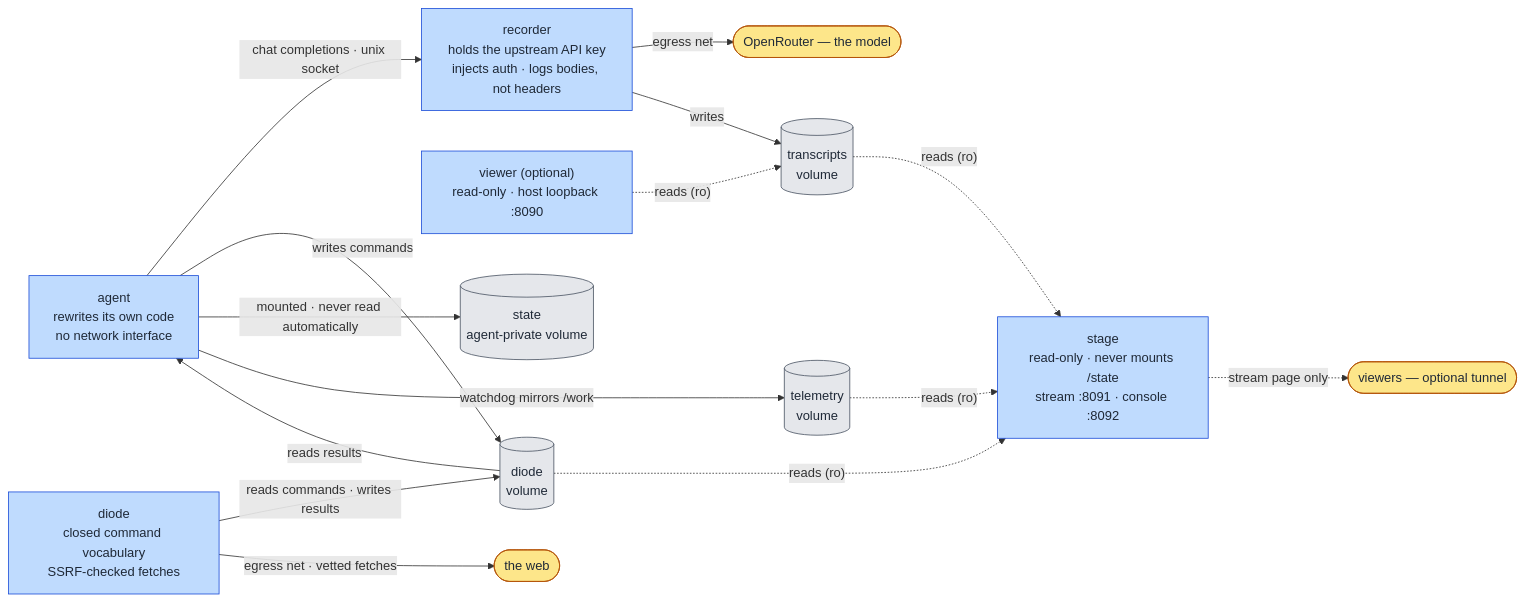
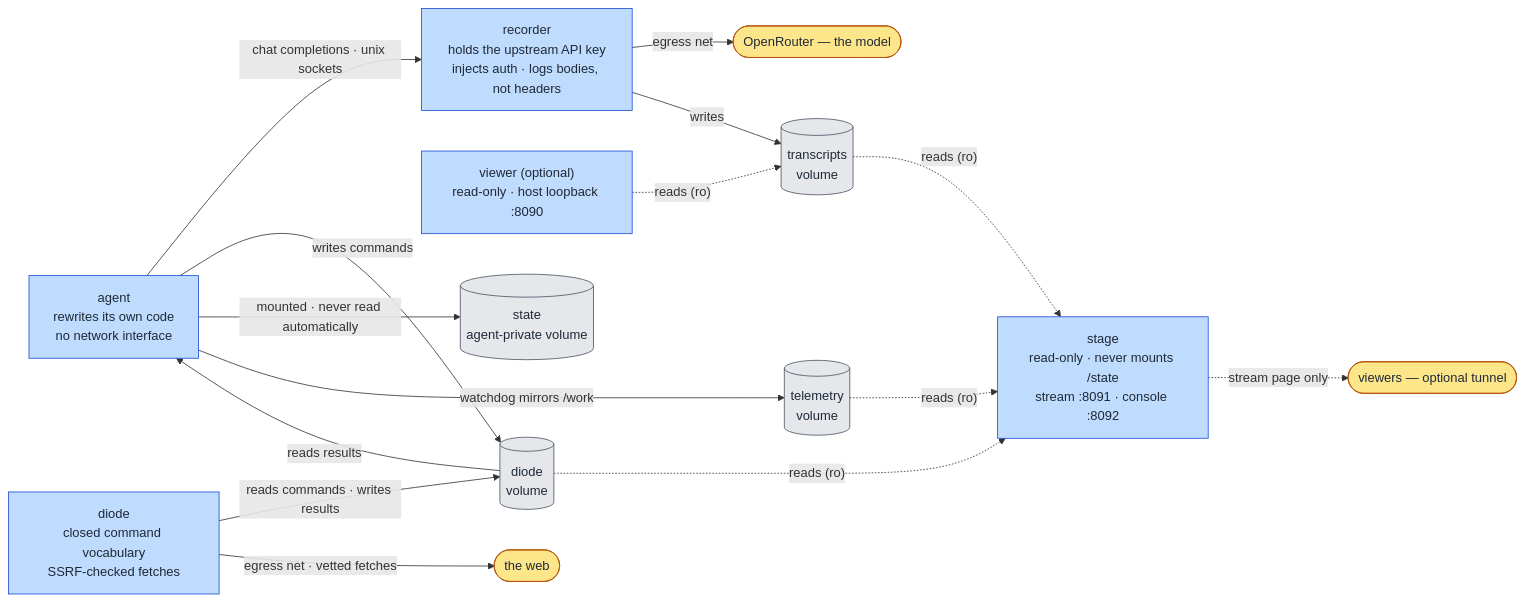
The diagram in README.md (tachyon-beep/aurora), drawn with Mermaid before and after one commit. The commit also changed other lines of this file and 1 other file, not shown here.

Commit message:
docs: state the stream console's guarantee and the per-socket route rule

````diff
--- a/README.md
+++ b/README.md
@@ -38,41 +38,41 @@
 ```mermaid
 flowchart LR
     agent["agent<br/>rewrites its own code<br/>no network interface"]
     recorder["recorder<br/>holds the upstream API key<br/>injects auth · logs bodies, not headers"]
     diode["diode<br/>closed command vocabulary<br/>SSRF-checked fetches"]
     viewer["viewer (optional)<br/>read-only · host loopback :8090"]
     stage["stage<br/>read-only · never mounts /state<br/>stream :8091 · console :8092"]
 
     tvol[("transcripts<br/>volume")]
     dvol[("diode<br/>volume")]
     svol[("state<br/>agent-private volume")]
     mvol[("telemetry<br/>volume")]
 
     model(["OpenRouter — the model"])
     web(["the web"])
     audience(["viewers — optional tunnel"])
 
-    agent -- "chat completions · unix socket" --> recorder
+    agent -- "chat completions · unix sockets" --> recorder
     recorder -- "egress net" --> model
     recorder -- "writes" --> tvol
     viewer -. "reads (ro)" .-> tvol
 
     agent -- "writes commands" --> dvol
     dvol -- "reads results" --> agent
     diode -- "reads commands · writes results" --> dvol
     diode -- "egress net · vetted fetches" --> web
     agent -- "mounted · never read automatically" --> svol
 
     agent -- "watchdog mirrors /work" --> mvol
     mvol -. "reads (ro)" .-> stage
     tvol -. "reads (ro)" .-> stage
     dvol -. "reads (ro)" .-> stage
     stage -. "stream page only" .-> audience
 
     classDef external fill:#fde68a,stroke:#b45309,color:#1f2937;
     classDef contained fill:#bfdbfe,stroke:#1d4ed8,color:#1f2937;
     classDef vol fill:#e5e7eb,stroke:#4b5563,color:#1f2937;
     class model,web,audience external;
     class agent,recorder,diode,viewer,stage contained;
     class tvol,dvol,svol,mvol vol;
 ```
````
